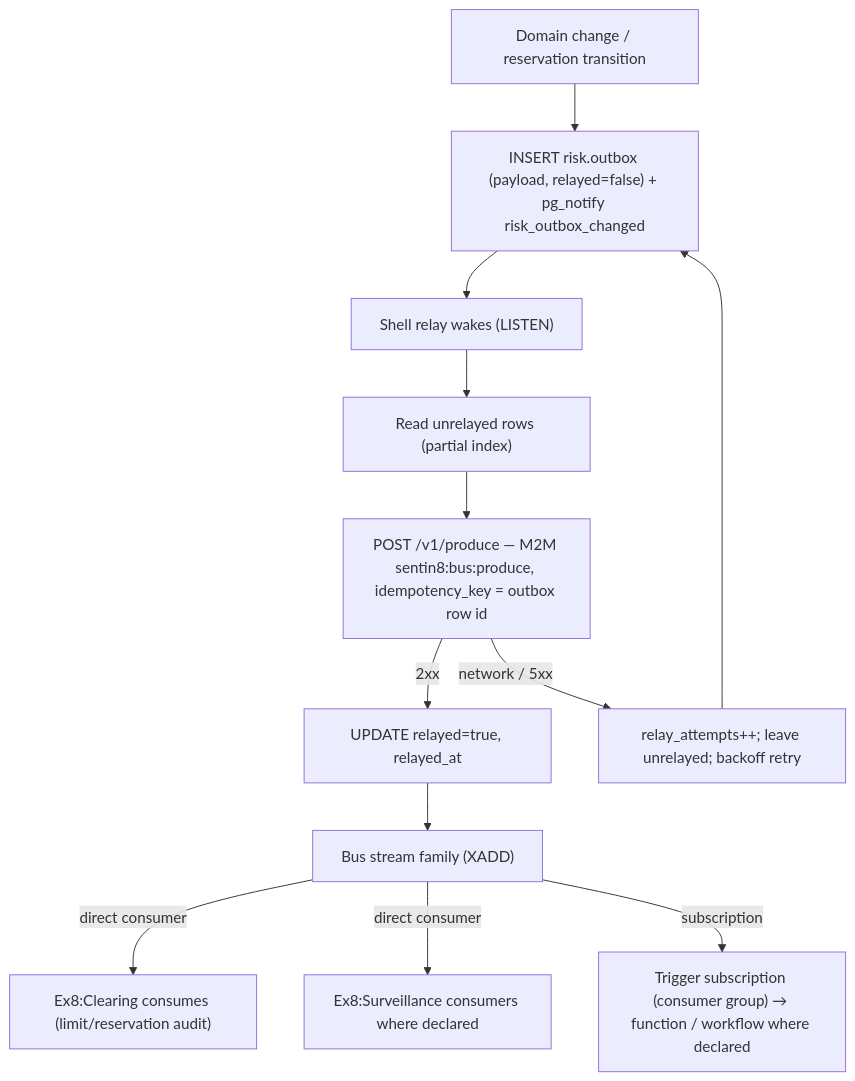
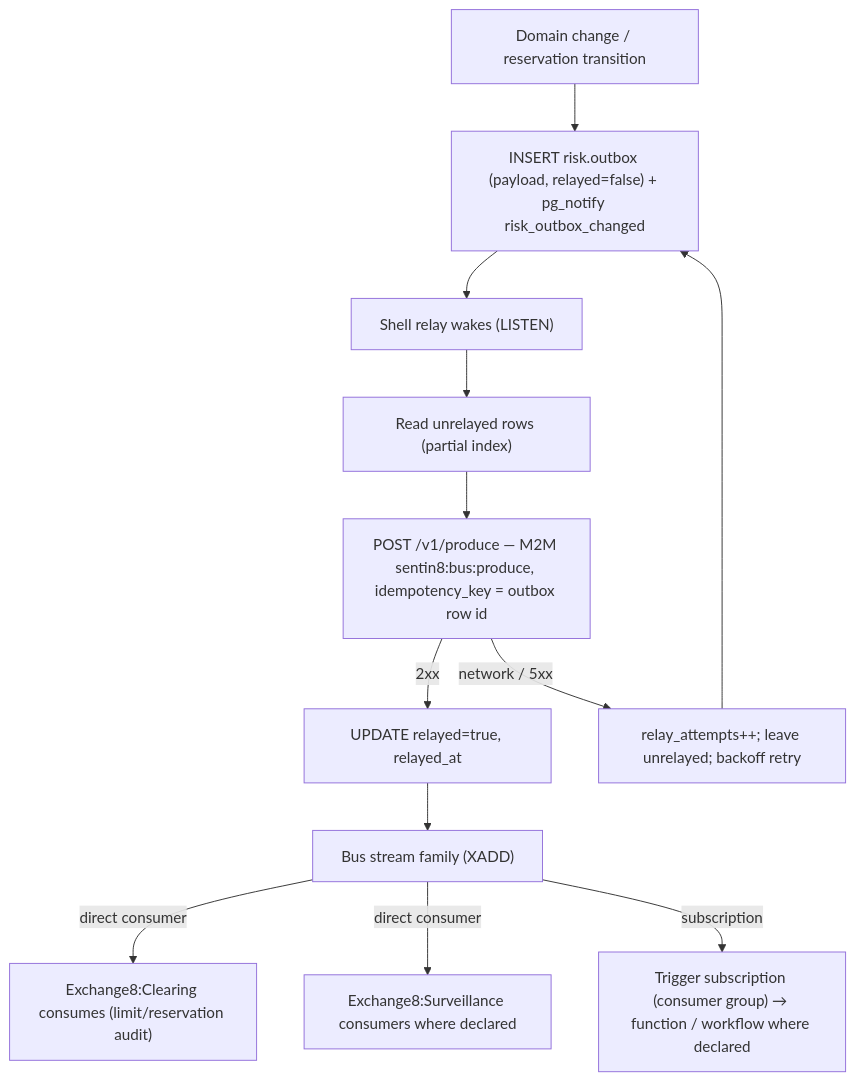
The tenth of 14 diagrams in DESIGN.md (Exchange8-dev/exchange8-risk), drawn with Mermaid before and after one commit. The commit also changed other lines of this file and 10 other files, not shown here.

````diff
--- a/DESIGN.md
+++ b/DESIGN.md
@@ -387,14 +387,14 @@
 ```mermaid
 flowchart TD
     A["Domain change / reservation transition"] --> B["INSERT risk.outbox (payload, relayed=false) + pg_notify risk_outbox_changed"]
     B --> C["Shell relay wakes (LISTEN)"]
     C --> D["Read unrelayed rows (partial index)"]
     D --> E["POST /v1/produce — M2M sentin8:bus:produce, idempotency_key = outbox row id"]
     E -->|2xx| F["UPDATE relayed=true, relayed_at"]
     E -->|network / 5xx| G["relay_attempts++; leave unrelayed; backoff retry"]
     G --> B
     F --> H["Bus stream family (XADD)"]
-    H -->|direct consumer| I1["Ex8:Clearing consumes (limit/reservation audit)"]
-    H -->|direct consumer| I2["Ex8:Surveillance consumers where declared"]
+    H -->|direct consumer| I1["Exchange8:Clearing consumes (limit/reservation audit)"]
+    H -->|direct consumer| I2["Exchange8:Surveillance consumers where declared"]
     H -->|subscription| I3["Trigger subscription (consumer group) → function / workflow where declared"]
 ```
````
